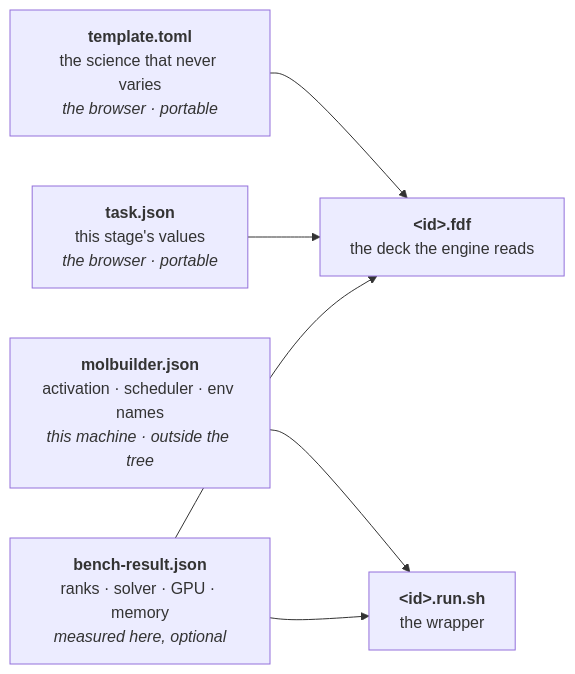
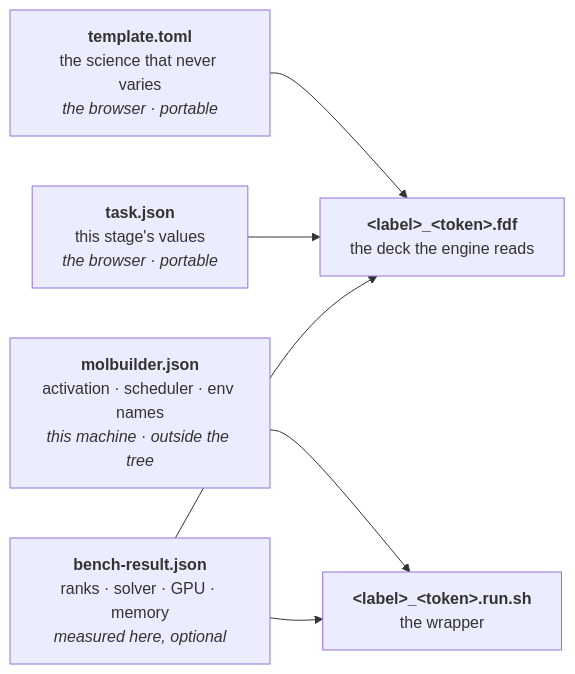
One commit to Qing-LAB/molbuilder changed the fifth of 10 diagrams in docs/execution/project-layout.md. Above: the diagram before and after it, drawn with Mermaid. The commit also changed other lines of this file and 24 other files, not shown here.

````diff
--- a/docs/execution/project-layout.md
+++ b/docs/execution/project-layout.md
@@ -710,14 +714,14 @@
 ```mermaid
 flowchart LR
     T["<b>template.toml</b><br/>the science that never varies<br/><i>the browser · portable</i>"]
     S["<b>task.json</b><br/>this stage's values<br/><i>the browser · portable</i>"]
     M["<b>molbuilder.json</b><br/>activation · scheduler · env names<br/><i>this machine · outside the tree</i>"]
     B["<b>bench-result.json</b><br/>ranks · solver · GPU · memory<br/><i>measured here, optional</i>"]
-    D["<b>&lt;id&gt;.fdf</b><br/>the deck the engine reads"]
-    W["<b>&lt;id&gt;.run.sh</b><br/>the wrapper"]
+    D["<b>&lt;label&gt;_&lt;token&gt;.fdf</b><br/>the deck the engine reads"]
+    W["<b>&lt;label&gt;_&lt;token&gt;.run.sh</b><br/>the wrapper"]
     T --> D
     S --> D
     M --> W
     B --> D
     B --> W
 ```
````
